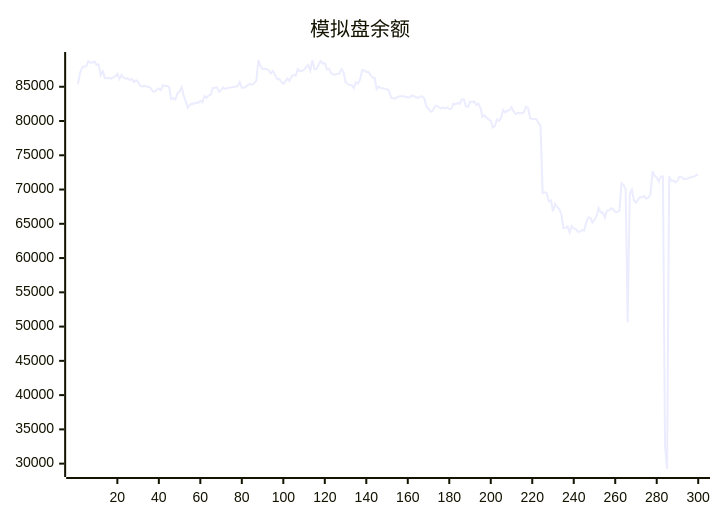
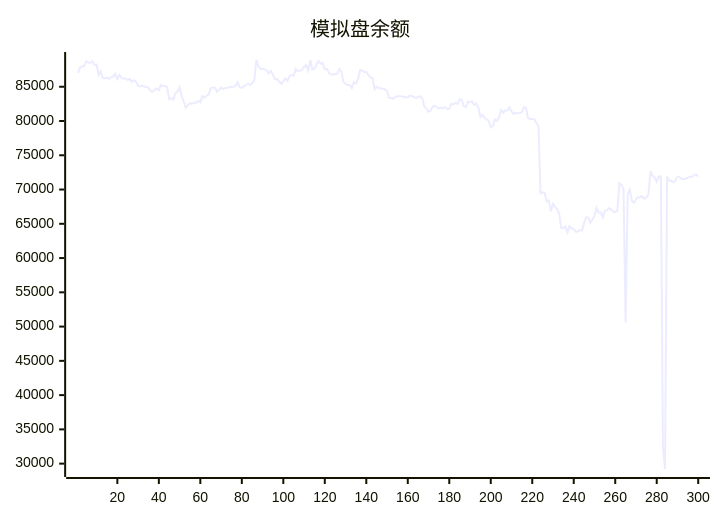
One commit to aahl/ai-trading changed the diagram in README.md. Above: the diagram before and after it, drawn with Mermaid. The commit also changed other lines of this file and 1 other file, not shown here.

````diff
--- a/README.md
+++ b/README.md
@@ -5,5 +5,5 @@
 ```mermaid
 xychart
     title "模拟盘余额"
-    line [85384,87001,87811,87945,88007,88734,88528,88495,88705,88189,88248,86662,87234,86279,86251,86314,86177,86364,86503,86886,86114,86731,86310,86176,86240,86017,86136,85685,85938,85749,85111,85044,85164,85016,85008,84824,84354,84287,84572,84745,84500,85234,85096,85095,84970,83180,83338,83157,84070,84309,84922,83667,82850,81924,82369,82552,82539,82695,82648,82962,82728,83619,83378,83710,83825,84819,84854,84917,84265,84527,84919,84668,84834,84850,84916,84981,85004,85131,85674,84891,84864,85019,85284,85393,85294,85538,85894,88904,88012,87567,87625,87568,87386,86920,87313,86737,86094,86143,85725,85437,85787,86219,85859,86526,86740,86630,87563,87264,87335,87483,87886,88180,87335,88894,87544,87608,88207,88755,88401,88444,87543,87608,87000,86810,86740,86894,86884,87576,87209,85686,85435,85251,85255,84820,85689,85453,86066,87420,87373,87161,87178,86740,86341,86315,84643,85012,84772,84768,84690,84635,84376,83360,83357,83259,83474,83608,83606,83602,83548,83440,83454,83724,83644,83464,83365,83590,83592,83275,82072,81806,81344,81492,82109,82254,82006,81848,81955,81829,82022,81769,81776,82522,82441,82656,82498,83144,83144,82150,82038,82797,82763,82872,82367,82536,81981,80612,80862,80484,80242,80034,79063,79245,80226,80016,80507,81625,81233,81544,81578,82016,81401,81019,81186,81130,81118,81306,82066,81909,80392,80304,80291,80258,79729,79261,69466,69579,69456,68251,68415,66832,67911,67462,67144,66432,64380,64375,64606,63740,64647,64324,64216,63842,63877,64078,64008,65156,65945,65888,65157,65625,66144,67284,66653,66639,65924,66925,66956,67263,67108,66766,66729,66886,70927,70673,70049,50652,69334,69973,68400,68061,68578,68876,68879,69055,68662,68822,69329,72687,71999,71760,71162,71911,71896,32500,29218,71927,71297,71305,71044,71337,71883,71822,71536,71536,71622,71723,71880,71860,72100,72216]
+    line [87001,87811,87945,88007,88734,88528,88495,88705,88189,88248,86662,87234,86279,86251,86314,86177,86364,86503,86886,86114,86731,86310,86176,86240,86017,86136,85685,85938,85749,85111,85044,85164,85016,85008,84824,84354,84287,84572,84745,84500,85234,85096,85095,84970,83180,83338,83157,84070,84309,84922,83667,82850,81924,82369,82552,82539,82695,82648,82962,82728,83619,83378,83710,83825,84819,84854,84917,84265,84527,84919,84668,84834,84850,84916,84981,85004,85131,85674,84891,84864,85019,85284,85393,85294,85538,85894,88904,88012,87567,87625,87568,87386,86920,87313,86737,86094,86143,85725,85437,85787,86219,85859,86526,86740,86630,87563,87264,87335,87483,87886,88180,87335,88894,87544,87608,88207,88755,88401,88444,87543,87608,87000,86810,86740,86894,86884,87576,87209,85686,85435,85251,85255,84820,85689,85453,86066,87420,87373,87161,87178,86740,86341,86315,84643,85012,84772,84768,84690,84635,84376,83360,83357,83259,83474,83608,83606,83602,83548,83440,83454,83724,83644,83464,83365,83590,83592,83275,82072,81806,81344,81492,82109,82254,82006,81848,81955,81829,82022,81769,81776,82522,82441,82656,82498,83144,83144,82150,82038,82797,82763,82872,82367,82536,81981,80612,80862,80484,80242,80034,79063,79245,80226,80016,80507,81625,81233,81544,81578,82016,81401,81019,81186,81130,81118,81306,82066,81909,80392,80304,80291,80258,79729,79261,69466,69579,69456,68251,68415,66832,67911,67462,67144,66432,64380,64375,64606,63740,64647,64324,64216,63842,63877,64078,64008,65156,65945,65888,65157,65625,66144,67284,66653,66639,65924,66925,66956,67263,67108,66766,66729,66886,70927,70673,70049,50652,69334,69973,68400,68061,68578,68876,68879,69055,68662,68822,69329,72687,71999,71760,71162,71911,71896,32500,29218,71927,71297,71305,71044,71337,71883,71822,71536,71536,71622,71723,71880,71860,72100,72216,71887]
 ```
````
